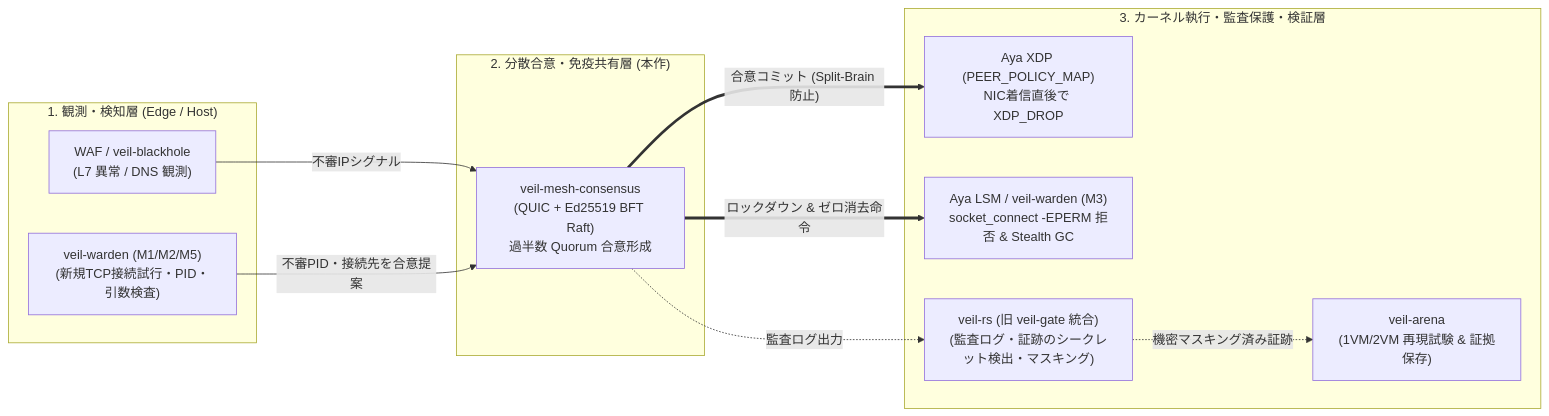
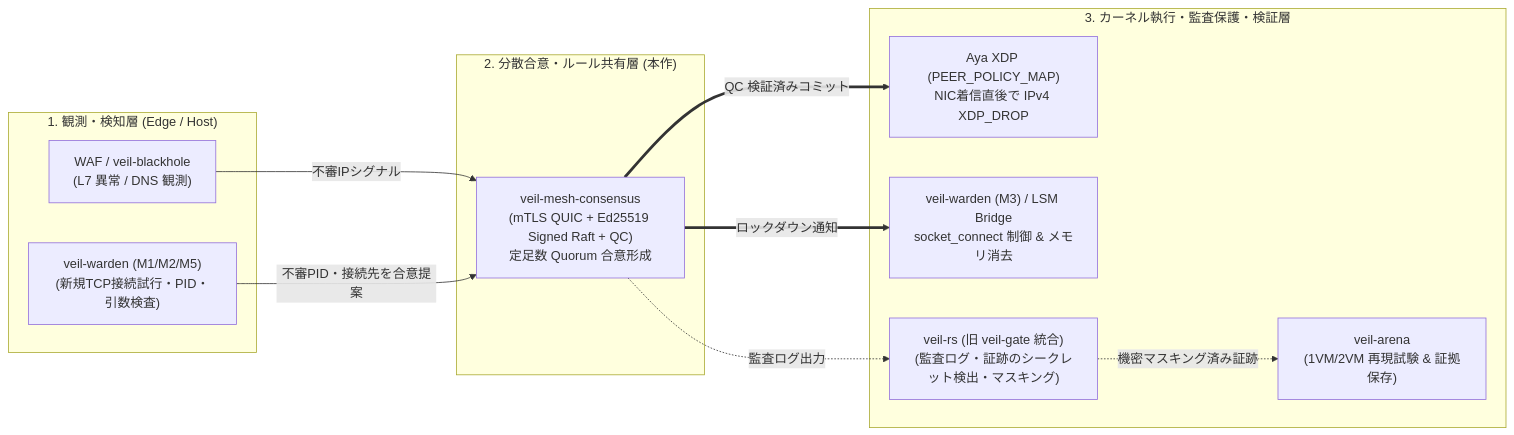
Before and after one commit to mt4110/veil-mesh-consensus: the diagram in README.md, drawn with Mermaid. The commit also changed other lines of this file and 4 other files, not shown here.

Commit message:
fix(security): enforce SignedConsensusRpc & mTLS on QUIC wire, require 2f+1 QuorumCertificate for commits, validate index/term bounds, and clarify security boundaries

````diff
--- a/README.md
+++ b/README.md
@@ -38,25 +38,25 @@
 ```mermaid
 flowchart LR
     subgraph Sensor["1. 観測・検知層 (Edge / Host)"]
         WAF["WAF / veil-blackhole<br/>(L7 異常 / DNS 観測)"]
         WardenSensor["veil-warden (M1/M2/M5)<br/>(新規TCP接続試行・PID・引数検査)"]
     end
 
-    subgraph Brain["2. 分散合意・免疫共有層 (本作)"]
-        Mesh["veil-mesh-consensus<br/>(QUIC + Ed25519 BFT Raft)<br/>過半数 Quorum 合意形成"]
+    subgraph Brain["2. 分散合意・ルール共有層 (本作)"]
+        Mesh["veil-mesh-consensus<br/>(mTLS QUIC + Ed25519 Signed Raft + QC)<br/>定足数 Quorum 合意形成"]
     end
 
     subgraph KernelEnforce["3. カーネル執行・監査保護・検証層"]
-        XDP["Aya XDP (PEER_POLICY_MAP)<br/>NIC着信直後で XDP_DROP"]
-        LSM["Aya LSM / veil-warden (M3)<br/>socket_connect -EPERM 拒否 & Stealth GC"]
+        XDP["Aya XDP (PEER_POLICY_MAP)<br/>NIC着信直後で IPv4 XDP_DROP"]
+        LSM["veil-warden (M3) / LSM Bridge<br/>socket_connect 制御 & メモリ消去"]
         VeilRs["veil-rs (旧 veil-gate 統合)<br/>(監査ログ・証跡のシークレット検出・マスキング)"]
         Arena["veil-arena<br/>(1VM/2VM 再現試験 & 証拠保存)"]
     end
 
     WAF -->|"不審IPシグナル"| Mesh
     WardenSensor -->|"不審PID・接続先を合意提案"| Mesh
-    Mesh ==>|"合意コミット (Split-Brain 防止)"| XDP
-    Mesh ==>|"ロックダウン & ゼロ消去命令"| LSM
+    Mesh ==>|"QC 検証済みコミット"| XDP
+    Mesh ==>|"ロックダウン通知"| LSM
     Mesh -.->|"監査ログ出力"| VeilRs
     VeilRs -.->|"機密マスキング済み証跡"| Arena
 ```
````
